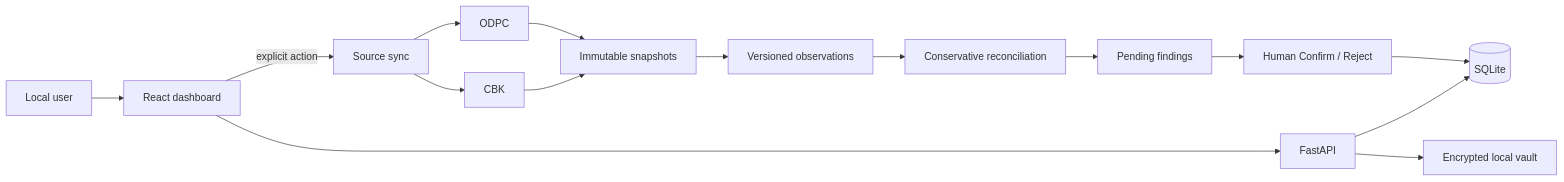
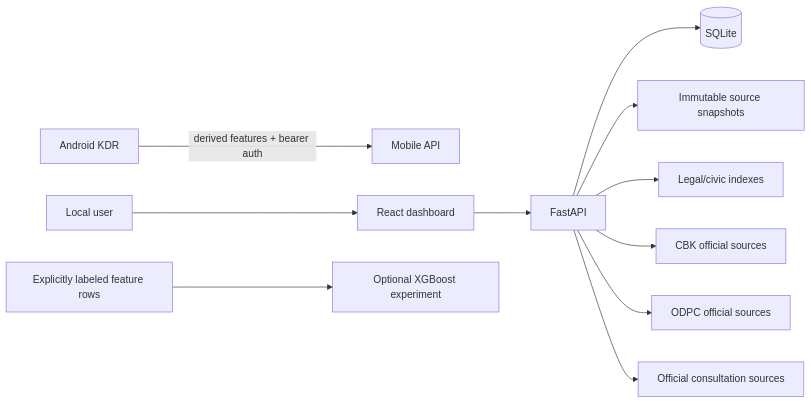
The diagram in README.md (MAPLEIZER/MAPLE-PRIME), drawn with Mermaid before and after one commit. The commit also changed other lines of this file, not shown here.

Commit message:
docs: make Releases pairing legal civic and ML paths discoverable

````diff
--- a/README.md
+++ b/README.md
@@ -170,18 +345,15 @@
 ```mermaid
 flowchart LR
-    U[Local user] --> UI[React dashboard]
-    UI --> API[FastAPI]
+    Android[Android KDR] -->|derived features + bearer auth| MobileAPI[Mobile API]
+    User[Local user] --> Web[React dashboard]
+    Web --> API[FastAPI]
     API --> DB[(SQLite)]
-    API --> V[Encrypted local vault]
+    API --> Snap[Immutable source snapshots]
+    API --> Legal[Legal/civic indexes]
 
-    UI -->|explicit action| S[Source sync]
-    S --> CBK[CBK]
-    S --> ODPC[ODPC]
-    CBK --> SNAP[Immutable snapshots]
-    ODPC --> SNAP
-    SNAP --> OBS[Versioned observations]
-    OBS --> R[Conservative reconciliation]
-    R --> F[Pending findings]
-    F --> H[Human Confirm / Reject]
-    H --> DB
+    API --> CBK[CBK official sources]
+    API --> ODPC[ODPC official sources]
+    API --> Civic[Official consultation sources]
+
+    Features[Explicitly labeled feature rows] --> XGB[Optional XGBoost experiment]
 ```
````
